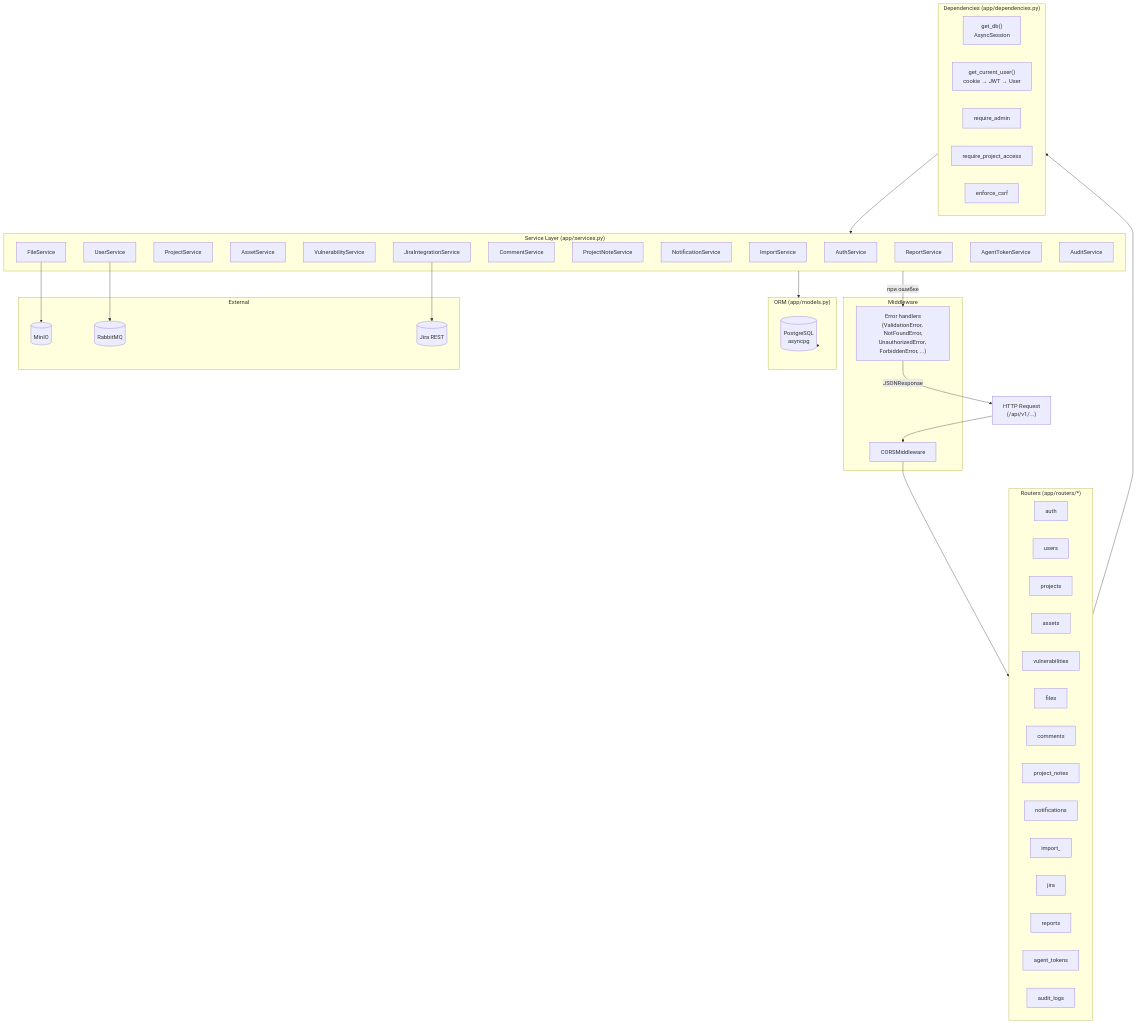
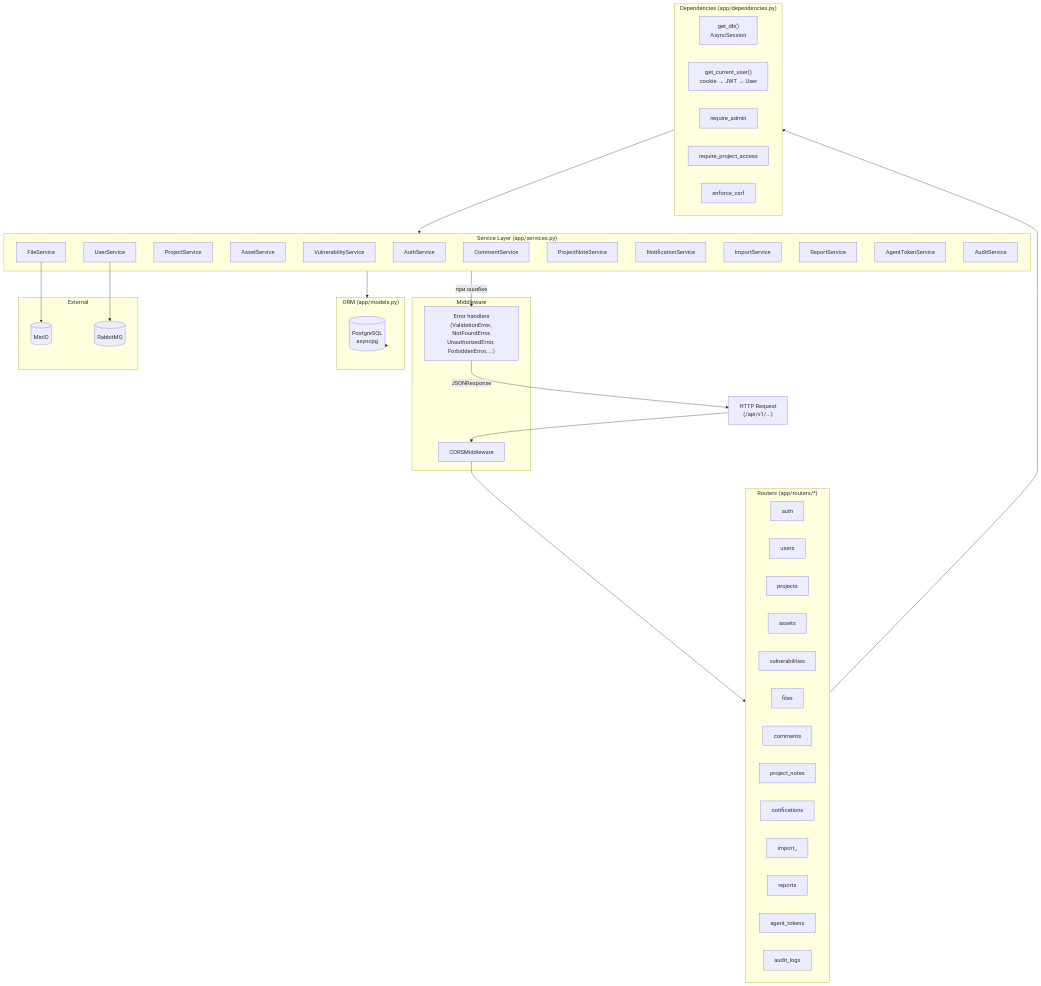
One commit to nkolomiika/FROST changed the third of 20 diagrams in docs/ARCH_DIAGRAMS.md. Above: the diagram before and after it, drawn with Mermaid. The commit also changed other lines of this file and 280 other files, not shown here.

````diff
--- a/docs/ARCH_DIAGRAMS.md
+++ b/docs/ARCH_DIAGRAMS.md
@@ -90,70 +88,66 @@
 ```mermaid
 flowchart TB
     HTTP["HTTP Request<br/>(/api/v1/...)"]
 
     subgraph Middleware["Middleware"]
         CORS["CORSMiddleware"]
         ErrorHandlers["Error handlers<br/>(ValidationError, NotFoundError,<br/>UnauthorizedError, ForbiddenError, ...)"]
     end
 
     subgraph Routers["Routers (app/routers/*)"]
         AuthR["auth"]
         UsersR["users"]
         ProjectsR["projects"]
         AssetsR["assets"]
         VulnR["vulnerabilities"]
         FilesR["files"]
         CommentsR["comments"]
         NotesR["project_notes"]
         NotifR["notifications"]
         ImportR["import_"]
-        JiraR["jira"]
         ReportsR["reports"]
         AgentR["agent_tokens"]
         AuditR["audit_logs"]
     end
 
     subgraph DI["Dependencies (app/dependencies.py)"]
         GetDB["get_db()<br/>AsyncSession"]
         GetUser["get_current_user()<br/>cookie → JWT → User"]
         RequireAdmin["require_admin"]
         RequireAccess["require_project_access"]
         EnforceCSRF["enforce_csrf"]
     end
 
     subgraph Services["Service Layer (app/services.py)"]
         AuthSrv["AuthService"]
         UserSrv["UserService"]
         ProjSrv["ProjectService"]
         AssetSrv["AssetService"]
         VulnSrv["VulnerabilityService"]
         FileSrv["FileService"]
         CommSrv["CommentService"]
         NoteSrv["ProjectNoteService"]
         NotifSrv["NotificationService"]
         ImpSrv["ImportService"]
-        JiraSrv["JiraIntegrationService"]
         RepSrv["ReportService"]
         AgentSrv["AgentTokenService"]
         AuditSrv["AuditService"]
     end
 
     subgraph Models["ORM (app/models.py)"]
         DB[("PostgreSQL<br/>asyncpg")]
     end
 
     subgraph External["External"]
         MinIOExt[("MinIO")]
         RabbitExt[("RabbitMQ")]
-        JiraExt[("Jira REST")]
     end
 
     HTTP --> CORS --> Routers
     Routers --> DI --> Services
     Services --> Models --> DB
     FileSrv --> MinIOExt
     UserSrv --> RabbitExt
-    JiraSrv --> JiraExt
     Services -->|при ошибке| ErrorHandlers
     ErrorHandlers -->|JSONResponse| HTTP
 ```
````
